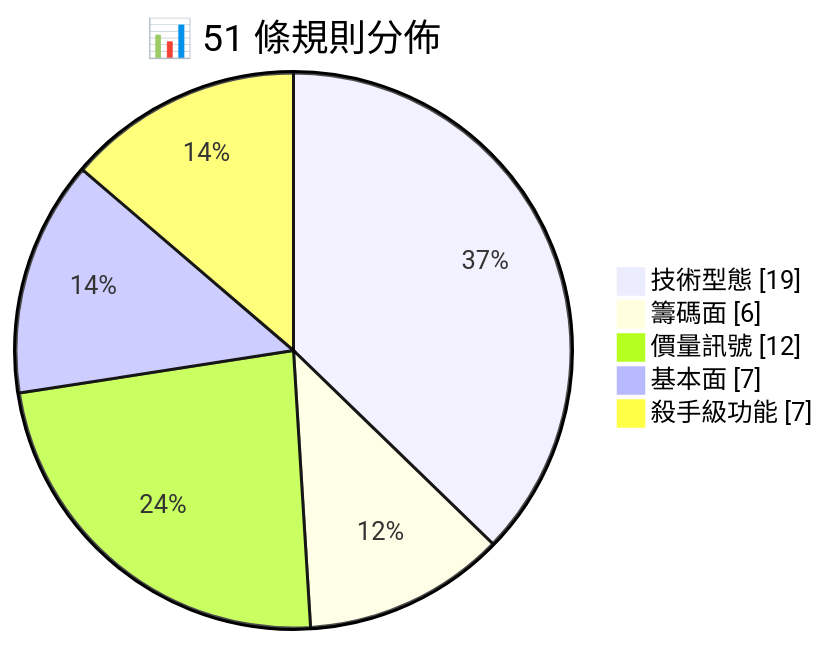
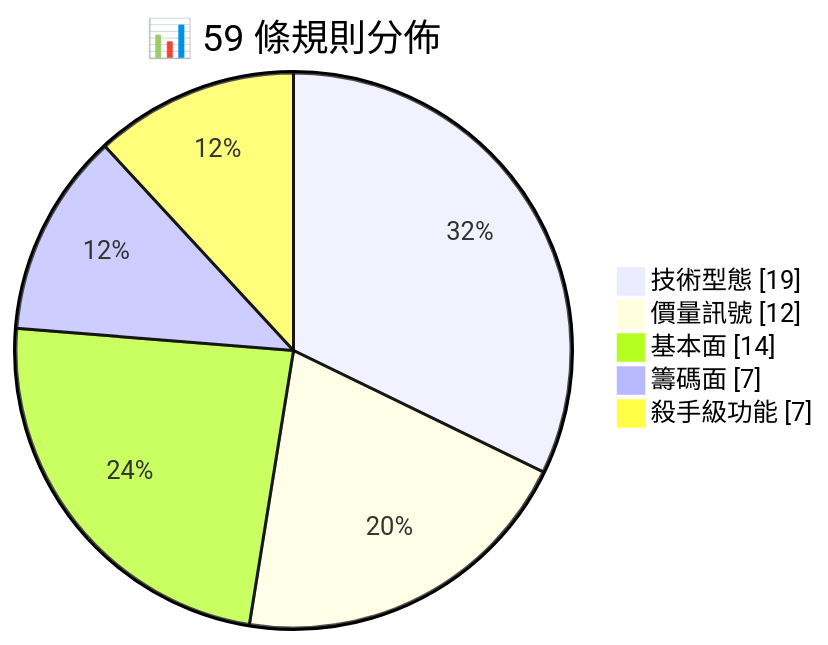
The second of 3 diagrams in docs/RULE_ENGINE.md (Neal75418/afterclose), drawn with Mermaid before and after one commit. The commit also changed other lines of this file and 2 other files, not shown here.

````diff
--- a/docs/RULE_ENGINE.md
+++ b/docs/RULE_ENGINE.md
@@ -27,8 +27,8 @@
 ```mermaid
-pie showData title 📊 51 條規則分佈
+pie showData title 📊 59 條規則分佈
     "技術型態" : 19
-    "籌碼面" : 6
     "價量訊號" : 12
-    "基本面" : 7
+    "基本面" : 14
+    "籌碼面" : 7
     "殺手級功能" : 7
 ```
````
